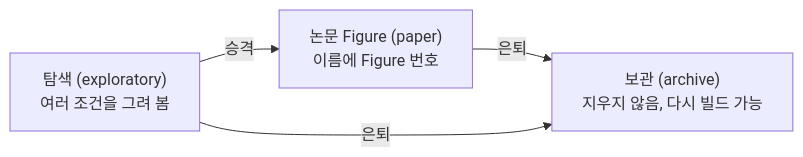
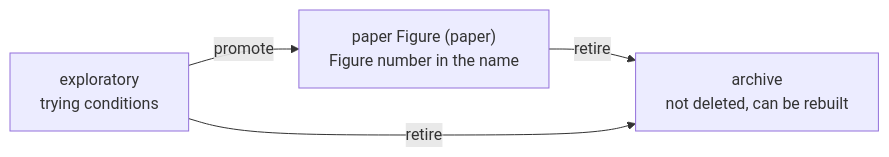
One commit to ibs-CMG-NGS/fig-atlas changed the diagram in docs/guide/11-lifecycle.md. Above: the diagram before and after it, drawn with Mermaid. The commit also changed other lines of this file and 35 other files, not shown here.

````diff
--- a/docs/guide/11-lifecycle.md
+++ b/docs/guide/11-lifecycle.md
@@ -17,6 +17,6 @@
 ```mermaid
 flowchart LR
-    E["탐색 (exploratory)<br/>여러 조건을 그려 봄"] -->|승격| P["논문 Figure (paper)<br/>이름에 Figure 번호"]
-    P -->|은퇴| A["보관 (archive)<br/>지우지 않음, 다시 빌드 가능"]
-    E -->|은퇴| A
+    E["exploratory<br/>trying conditions"] -->|promote| P["paper Figure (paper)<br/>Figure number in the name"]
+    P -->|retire| A["archive<br/>not deleted, can be rebuilt"]
+    E -->|retire| A
 ```
````
